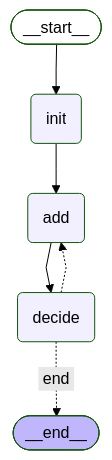
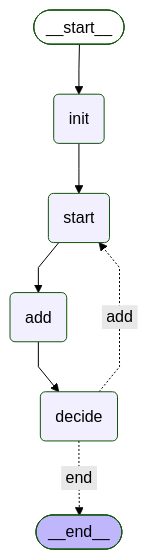
Before and after one commit to JustCodeIt7/LangGraph_101: the diagram in 01-Graphs/06-Looping_Logic/output/06.2-Looping_Logic.mmd, drawn with Mermaid (forest theme). The commit also changed 2 other files, not shown here.

Commit message:
Refactor Looping Logic Flow: Update graph structure and connections
- Added a new 'start' node to improve clarity in the flow.
- Modified connections to ensure a more logical progression from 'init' to 'start' and then to 'add'.
- Adjusted the decision node to point to 'start' instead of 'add' for better readability.
- Updated the visual representation in the corresponding PNG file.

```diff
--- a/01-Graphs/06-Looping_Logic/output/06.2-Looping_Logic.mmd
+++ b/01-Graphs/06-Looping_Logic/output/06.2-Looping_Logic.mmd
@@ -1,19 +1,21 @@
 ---
 config:
   flowchart:
     curve: linear
 ---
 graph TD;
 	__start__([<p>__start__</p>]):::first
 	init(init)
+	start(start)
 	add(add)
 	decide(decide)
 	__end__([<p>__end__</p>]):::last
 	__start__ --> init;
 	add --> decide;
 	decide -. &nbsp;end&nbsp; .-> __end__;
-	decide -.-> add;
-	init --> add;
+	decide -. &nbsp;add&nbsp; .-> start;
+	init --> start;
+	start --> add;
 	classDef default fill:#f2f0ff,line-height:1.2
 	classDef first fill-opacity:0
 	classDef last fill:#bfb6fc
```
